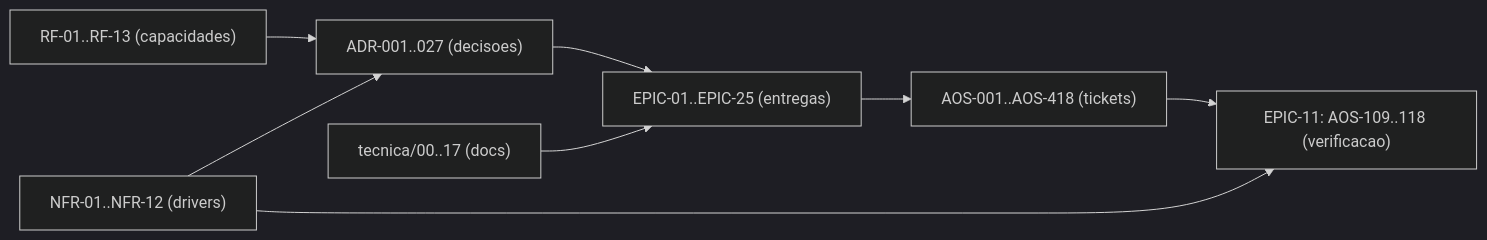
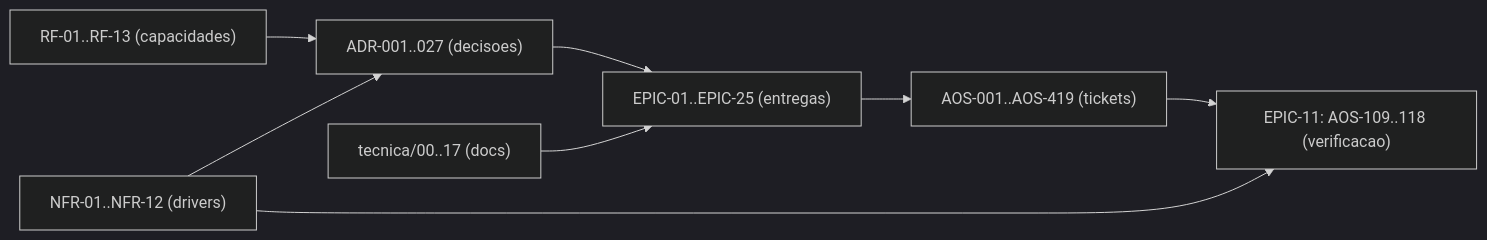
Before and after one commit to albinoJimy/aos: the diagram in tecnica/16_Rastreabilidade_RTM.md, drawn with Mermaid (dark theme). The commit also changed other lines of this file and 16 other files, not shown here.

````diff
--- a/tecnica/16_Rastreabilidade_RTM.md
+++ b/tecnica/16_Rastreabilidade_RTM.md
@@ -186,10 +186,10 @@
 ```mermaid
 flowchart LR
     RF["RF-01..RF-13 (capacidades)"] --> ADR["ADR-001..027 (decisoes)"]
     NFR["NFR-01..NFR-12 (drivers)"] --> ADR
     ADR --> EPIC["EPIC-01..EPIC-25 (entregas)"]
-    EPIC --> TICK["AOS-001..AOS-418 (tickets)"]
+    EPIC --> TICK["AOS-001..AOS-419 (tickets)"]
     DOC["tecnica/00..17 (docs)"] --> EPIC
     TICK --> TEST["EPIC-11: AOS-109..118 (verificacao)"]
     NFR --> TEST
 ```
````
